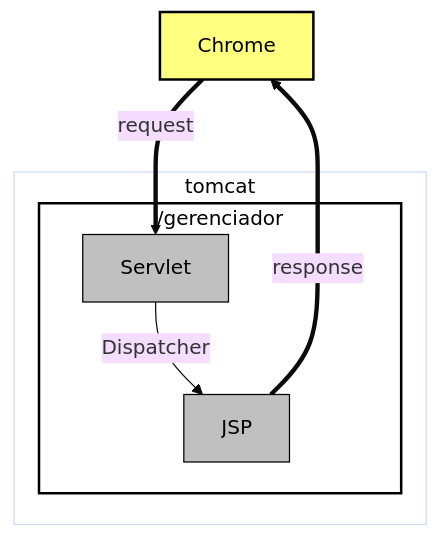
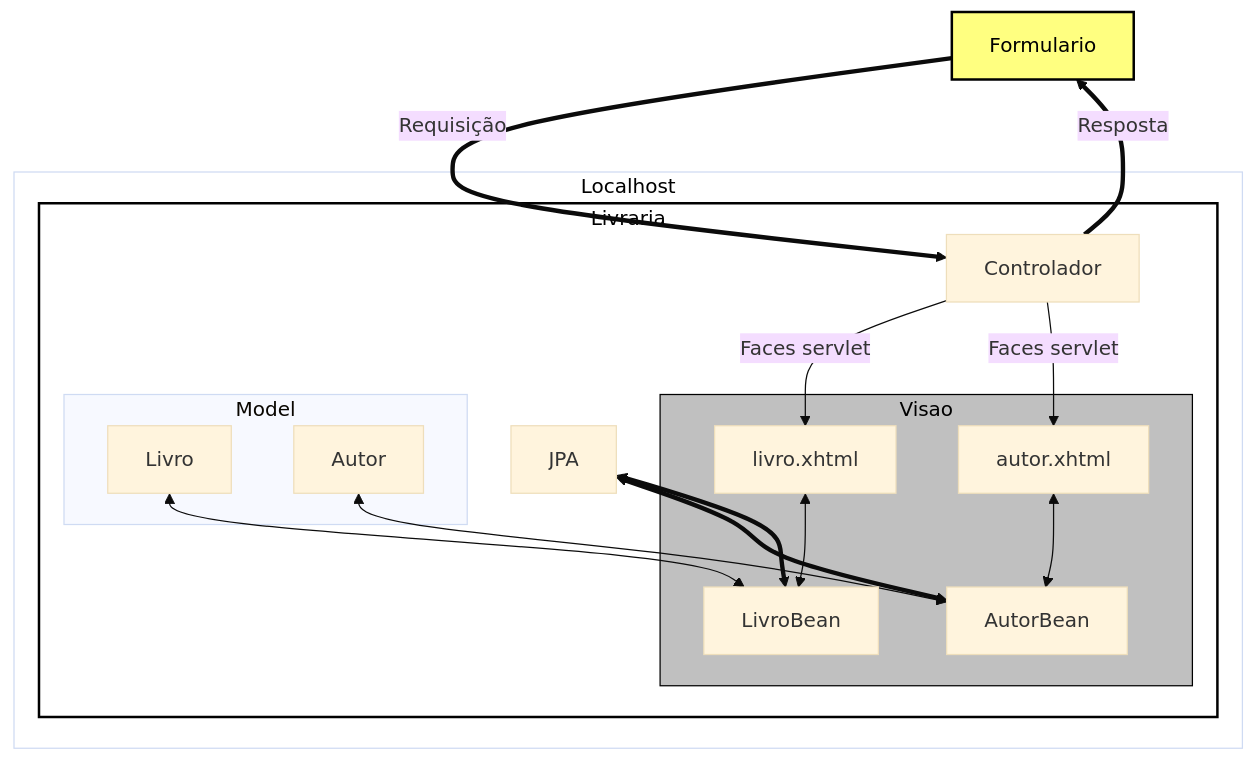
One commit to andresgois/Java-web-legado changed the fourth of 5 diagrams in livraria/README.md. Above: the diagram before and after it, drawn with Mermaid (base theme). The commit also changed other lines of this file and 1 other file, not shown here.

````diff
--- a/livraria/README.md
+++ b/livraria/README.md
@@ -129,16 +123,31 @@
 ```mermaid
   graph TD;
-      Chrome == request ==>Servlet;
-      subgraph tomcat
-        subgraph /gerenciador
-            Servlet -- Dispatcher --> JSP
+    Formulario ==> |Requisição| Controlador
+    Controlador ==> | Resposta| Formulario
+
+    subgraph Localhost
+        subgraph Livraria
+            Controlador --> |Faces servlet| livro.xhtml
+            Controlador --> |Faces servlet| autor.xhtml
+
+            subgraph Visao
+                livro.xhtml <--> LivroBean
+                autor.xhtml <--> AutorBean
+            end
+
+            subgraph Model
+                Livro <--> LivroBean
+                Autor <--> AutorBean
+            end
+
+            JPA <==> AutorBean
+            JPA <==> LivroBean
         end
-      end
-      JSP == response ==>Chrome
+    end
 
-      style Chrome fill:#ffff80,stroke:#000000,stroke-width:2px,color:#000000
-      style JSP fill:#c0c0c0,color:#000000,stroke:#000000
-      style Servlet fill:#c0c0c0,color:#000000,stroke:#000000
-      style tomcat fill:#ffffff,color:#000000
-      style /gerenciador fill:#ffffff,color:#000000, stroke:#000000,stroke-width:2px
+
+      style Formulario fill:#ffff80,stroke:#000000,stroke-width:2px,color:#000000
+      style Visao fill:#c0c0c0,color:#000000,stroke:#000000
+      style Localhost fill:#ffffff,color:#000000
+      style Livraria fill:#ffffff,color:#000000, stroke:#000000,stroke-width:2px
 ```
````
